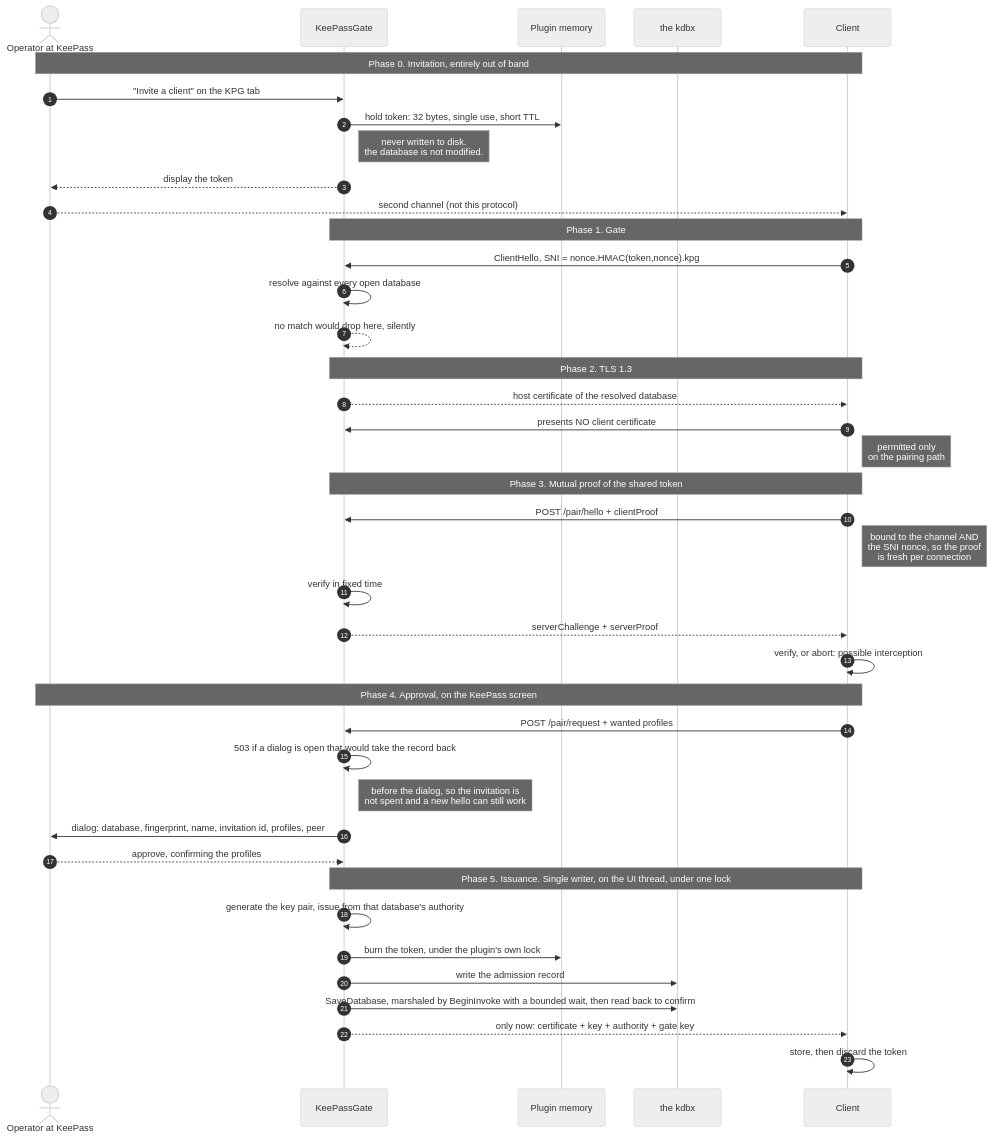
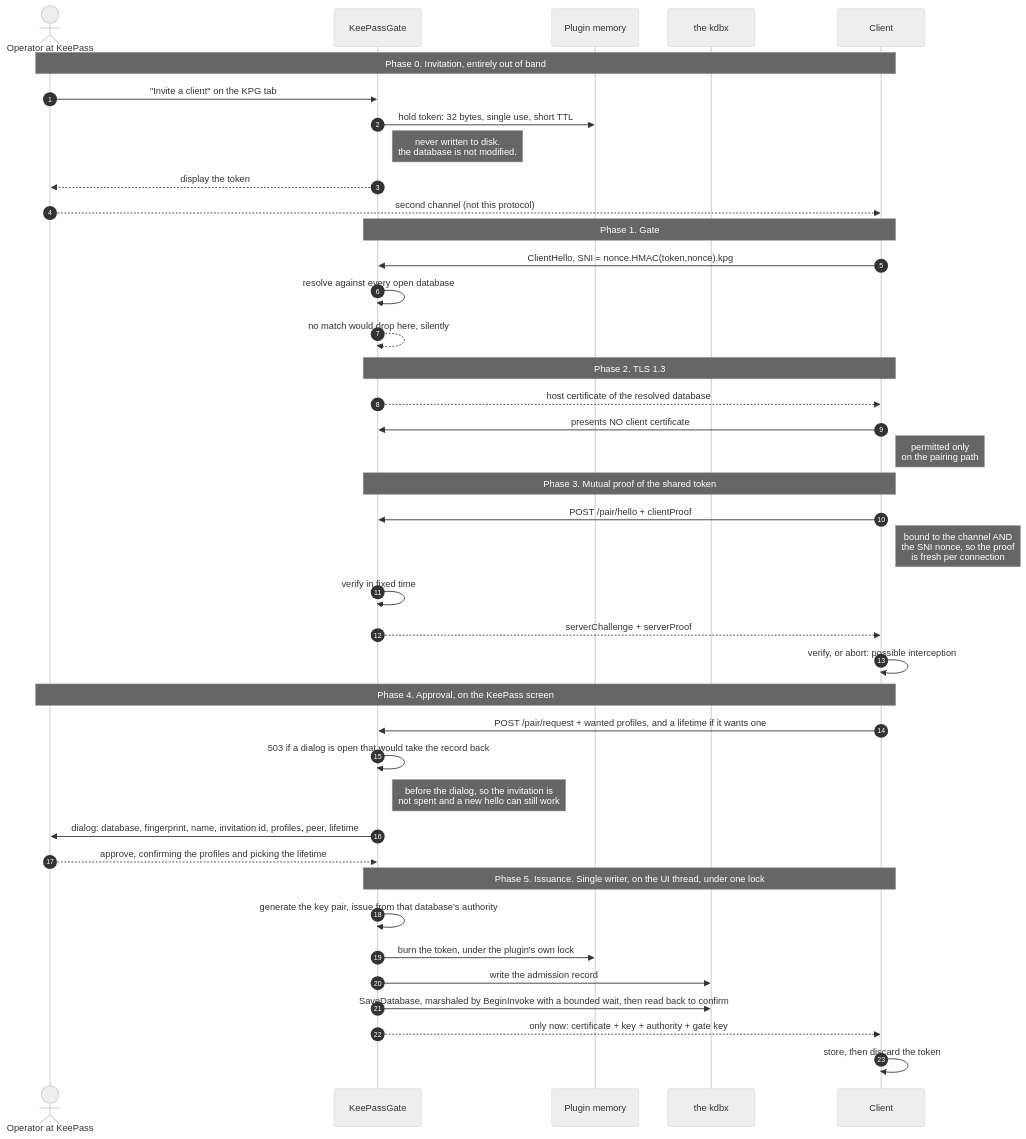
Before and after one commit to mfrnd/KeePassGate: the second of 5 diagrams in PAIRING.md, drawn with Mermaid (neutral theme). The commit also changed other lines of this file and 36 other files, not shown here.

````diff
--- a/PAIRING.md
+++ b/PAIRING.md
@@ -74,48 +74,48 @@
 ```mermaid
 sequenceDiagram
     autonumber
     actor OP as Operator at KeePass
     participant KPG as KeePassGate
     participant MEM as Plugin memory
     participant DB as the kdbx
     participant CL as Client
 
     Note over OP,CL: Phase 0. Invitation, entirely out of band
     OP->>KPG: "Invite a client" on the KPG tab
     KPG->>MEM: hold token: 32 bytes, single use, short TTL
     Note right of KPG: never written to disk.<br/>the database is not modified.
     KPG-->>OP: display the token
     OP-->>CL: second channel (not this protocol)
 
     Note over KPG,CL: Phase 1. Gate
     CL->>KPG: ClientHello, SNI = nonce.HMAC(token,nonce).kpg
     KPG->>KPG: resolve against every open database
     KPG-->>KPG: no match would drop here, silently
 
     Note over KPG,CL: Phase 2. TLS 1.3
     KPG-->>CL: host certificate of the resolved database
     CL->>KPG: presents NO client certificate
     Note right of CL: permitted only<br/>on the pairing path
 
     Note over KPG,CL: Phase 3. Mutual proof of the shared token
     CL->>KPG: POST /pair/hello + clientProof
     Note right of CL: bound to the channel AND<br/>the SNI nonce, so the proof<br/>is fresh per connection
     KPG->>KPG: verify in fixed time
     KPG-->>CL: serverChallenge + serverProof
     CL->>CL: verify, or abort: possible interception
 
     Note over OP,CL: Phase 4. Approval, on the KeePass screen
-    CL->>KPG: POST /pair/request + wanted profiles
+    CL->>KPG: POST /pair/request + wanted profiles, and a lifetime if it wants one
     KPG->>KPG: 503 if a dialog is open that would take the record back
     Note right of KPG: before the dialog, so the invitation is<br/>not spent and a new hello can still work
-    KPG->>OP: dialog: database, fingerprint, name, invitation id, profiles, peer
-    OP-->>KPG: approve, confirming the profiles
+    KPG->>OP: dialog: database, fingerprint, name, invitation id, profiles, peer, lifetime
+    OP-->>KPG: approve, confirming the profiles and picking the lifetime
 
     Note over KPG,CL: Phase 5. Issuance. Single writer, on the UI thread, under one lock
     KPG->>KPG: generate the key pair, issue from that database's authority
     KPG->>MEM: burn the token, under the plugin's own lock
     KPG->>DB: write the admission record
     KPG->>DB: SaveDatabase, marshaled by BeginInvoke with a bounded wait, then read back to confirm
     KPG-->>CL: only now: certificate + key + authority + gate key
     CL->>CL: store, then discard the token
 ```
````
